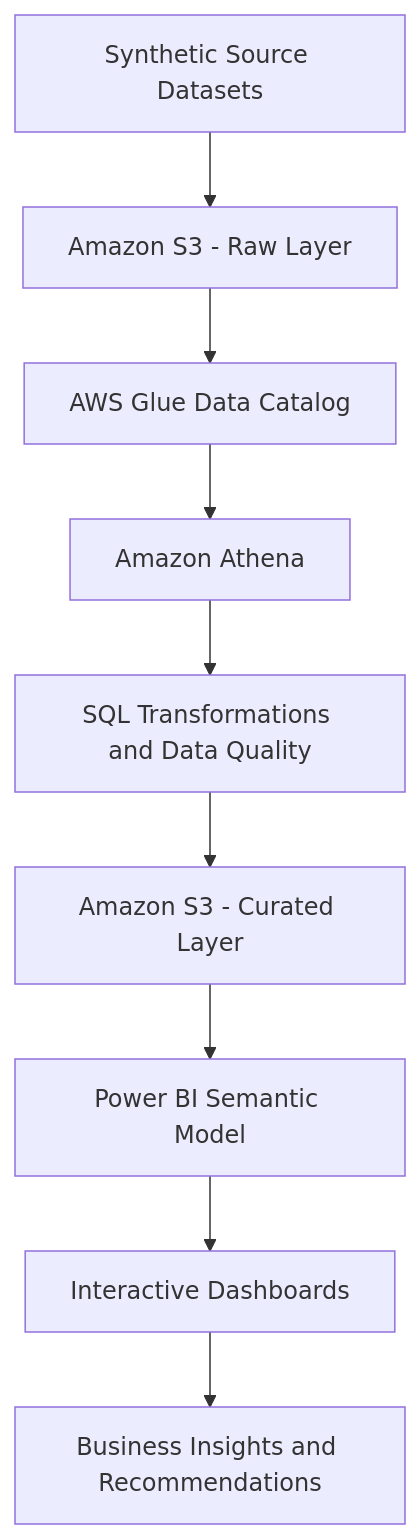
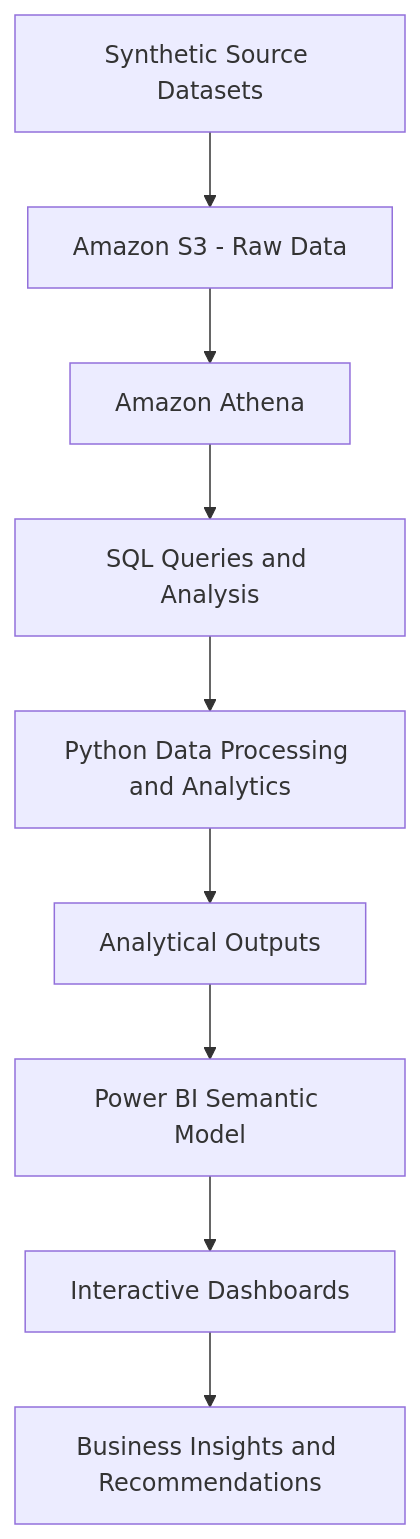
One commit to faisalnchohan786/airline-customer-experience-analytics changed the diagram in README.md. Above: the diagram before and after it, drawn with Mermaid. The commit also changed other lines of this file, not shown here.

````diff
--- a/README.md
+++ b/README.md
@@ -57,11 +59,11 @@
 ```mermaid
 flowchart TD
-    A["Synthetic Source Datasets"] --> B["Amazon S3 - Raw Layer"]
-    B --> C["AWS Glue Data Catalog"]
-    C --> D["Amazon Athena"]
-    D --> E["SQL Transformations and Data Quality"]
-    E --> F["Amazon S3 - Curated Layer"]
+    A["Synthetic Source Datasets"] --> B["Amazon S3 - Raw Data"]
+    B --> C["Amazon Athena"]
+    C --> D["SQL Queries and Analysis"]
+    D --> E["Python Data Processing and Analytics"]
+    E --> F["Analytical Outputs"]
     F --> G["Power BI Semantic Model"]
     G --> H["Interactive Dashboards"]
     H --> I["Business Insights and Recommendations"]
 ```
````
